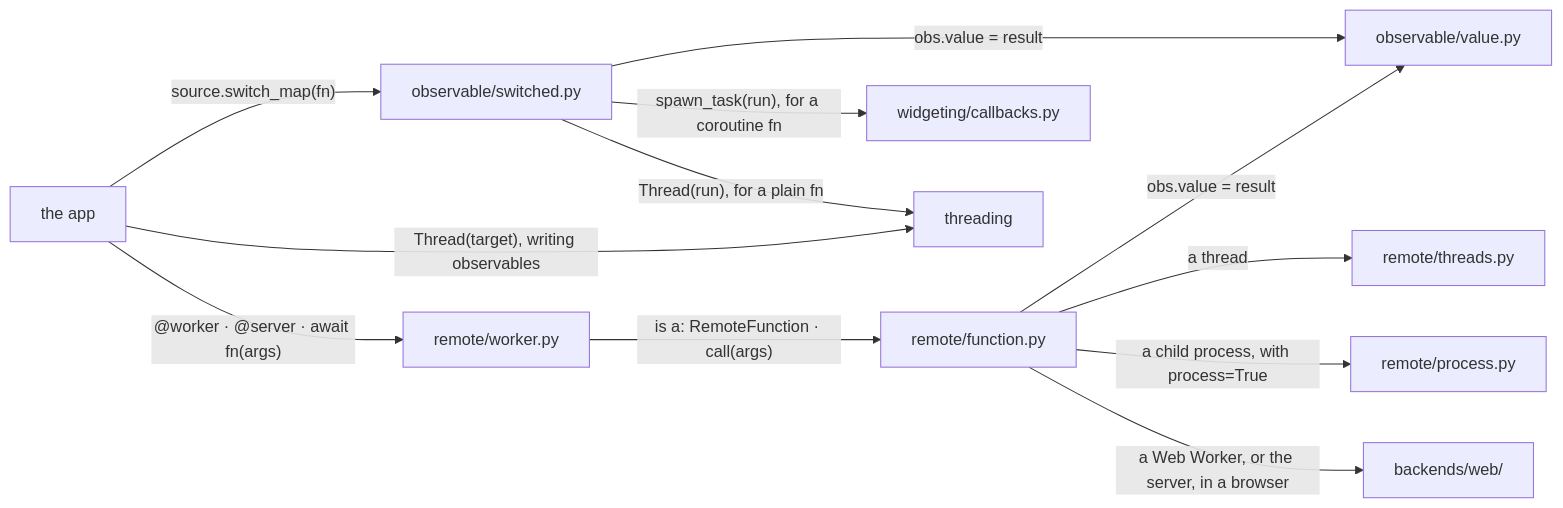
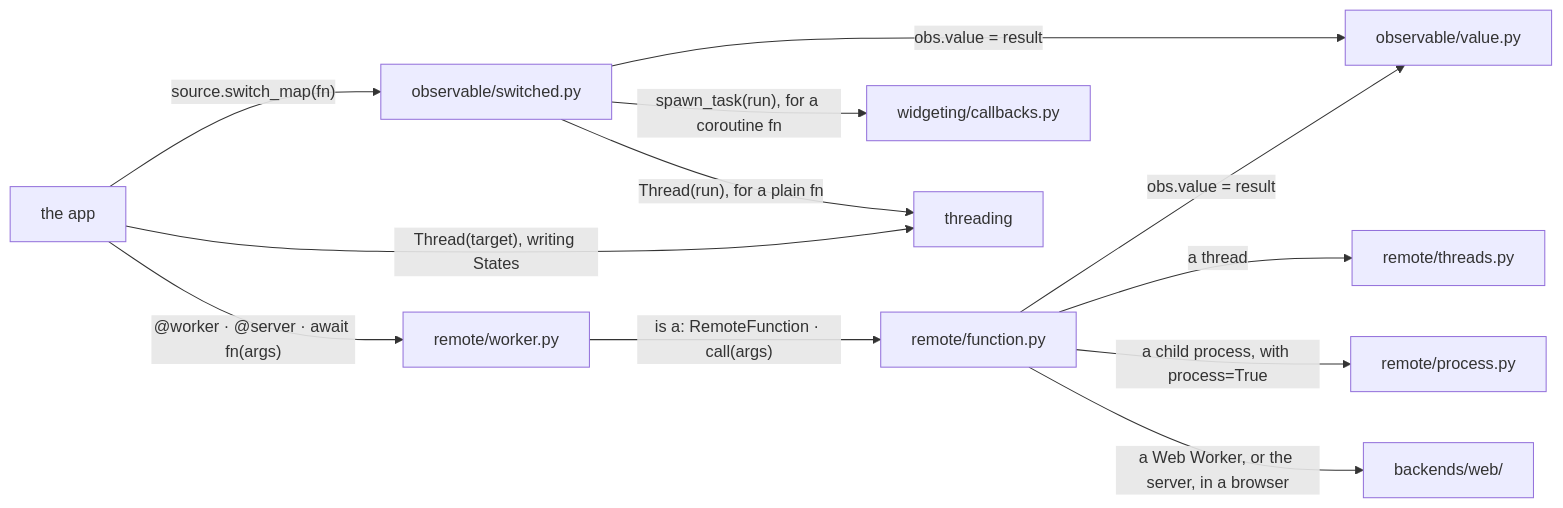
One commit to yuksblog/nuiitivet changed the fifth of 7 diagrams in docs/design/CONCURRENCY_MODEL.md. Above: the diagram before and after it, drawn with Mermaid. The commit also changed other lines of this file and 77 other files, not shown here.

````diff
--- a/docs/design/CONCURRENCY_MODEL.md
+++ b/docs/design/CONCURRENCY_MODEL.md
@@ -157,24 +157,24 @@
 ```mermaid
 flowchart LR
     switched[observable/switched.py]
     worker[remote/worker.py]
     function[remote/function.py]
     threads[remote/threads.py]
     process[remote/process.py]
     web[backends/web/]
     callbacks[widgeting/callbacks.py]
     stdthread[threading]
     value[observable/value.py]
     app[the app]
 
     app -- "source.switch_map(fn)" --> switched
     switched -- "Thread(run), for a plain fn" --> stdthread
     switched -- "spawn_task(run), for a coroutine fn" --> callbacks
     app -- "@worker · @server · await fn(args)" --> worker
     worker -- "is a: RemoteFunction · call(args)" --> function
     function -- "a thread" --> threads
     function -- "a child process, with process=True" --> process
     function -- "a Web Worker, or the server, in a browser" --> web
     switched & function -- "obs.value = result" --> value
-    app -- "Thread(target), writing observables" --> stdthread
+    app -- "Thread(target), writing States" --> stdthread
 ```
````
